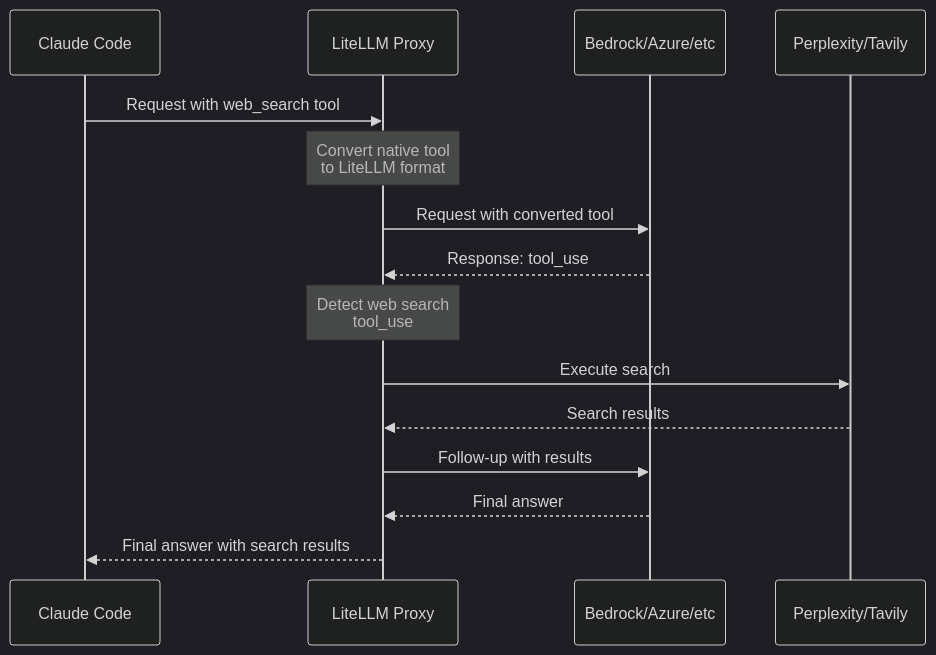
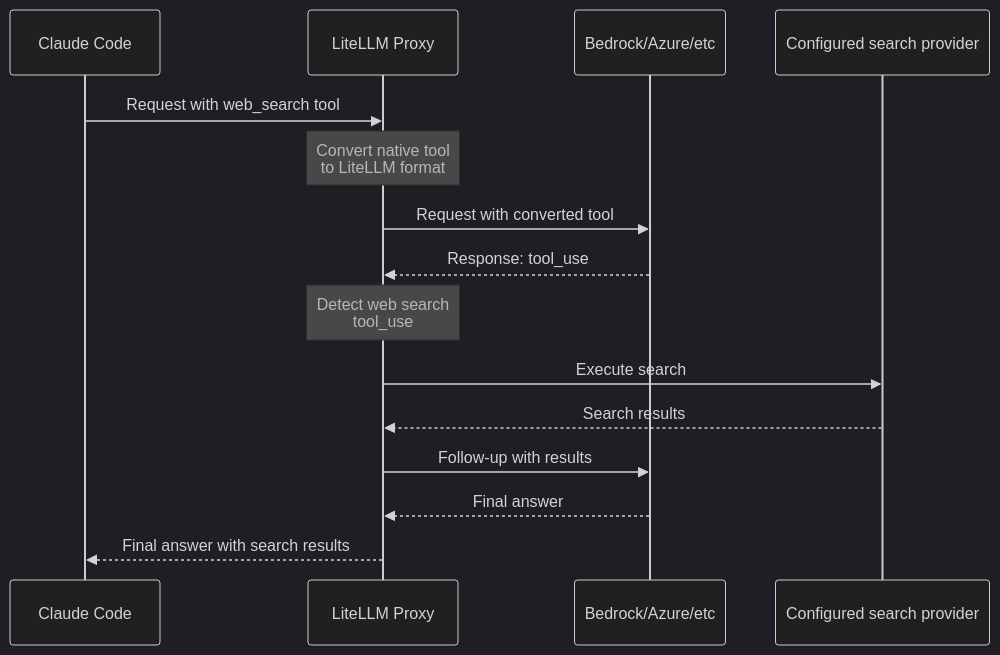
One commit to BerriAI/litellm-docs changed the diagram in docs/tutorials/claude_code_websearch.md. Above: the diagram before and after it, drawn with Mermaid (dark theme). The commit also changed other lines of this file and 2 other files, not shown here.

Commit message:
docs(search): add Parallel Search examples to generic guides

````diff
--- a/docs/tutorials/claude_code_websearch.md
+++ b/docs/tutorials/claude_code_websearch.md
@@ -88,18 +105,18 @@
 ```mermaid
 sequenceDiagram
     participant CC as Claude Code
     participant LP as LiteLLM Proxy
     participant B as Bedrock/Azure/etc
-    participant P as Perplexity/Tavily
+    participant P as Configured search provider
 
     CC->>LP: Request with web_search tool
     Note over LP: Convert native tool<br/>to LiteLLM format
     LP->>B: Request with converted tool
     B-->>LP: Response: tool_use
     Note over LP: Detect web search<br/>tool_use
     LP->>P: Execute search
     P-->>LP: Search results
     LP->>B: Follow-up with results
     B-->>LP: Final answer
     LP-->>CC: Final answer with search results
 ```
````
